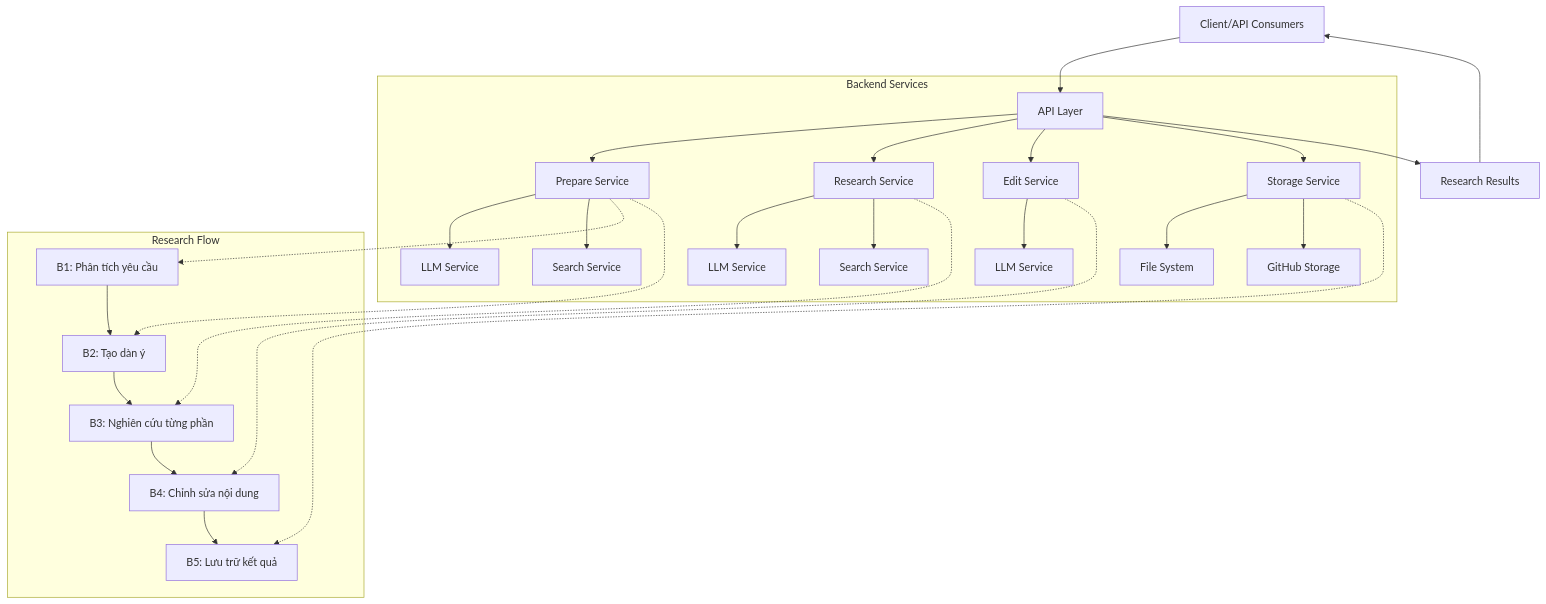
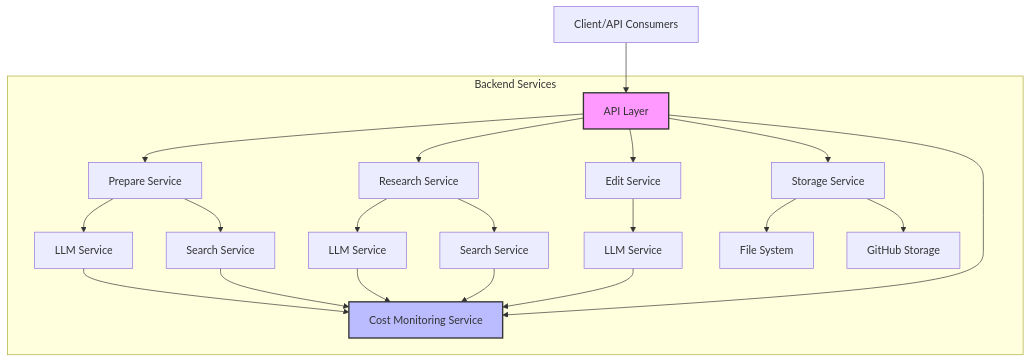
One commit to phuc-nt/deep-research-agent-python changed the diagram in README.md. Above: the diagram before and after it, drawn with Mermaid. The commit also changed other lines of this file, not shown here.

Commit message:
Cập nhật README: thêm thông tin theo dõi chi phí, cập nhật diagram và cấu trúc dự án

````diff
--- a/README.md
+++ b/README.md
@@ -23,38 +24,30 @@
 ```mermaid
 graph TD
     Client[Client/API Consumers] --> API[API Layer]
     
     subgraph "Backend Services"
         API --> Prepare[Prepare Service]
         API --> Research[Research Service]
         API --> Edit[Edit Service]
         API --> Storage[Storage Service]
+        API --> Cost[Cost Monitoring Service]
         
         Prepare --> LLM1[LLM Service]
         Prepare --> Search1[Search Service]
-        
         Research --> LLM2[LLM Service]
         Research --> Search2[Search Service]
-        
         Edit --> LLM3[LLM Service]
         
         Storage --> FileSystem[File System]
         Storage --> GitHub[GitHub Storage]
+        
+        LLM1 --> Cost
+        LLM2 --> Cost
+        LLM3 --> Cost
+        Search1 --> Cost
+        Search2 --> Cost
     end
     
-    subgraph "Research Flow"
-        P1[B1: Phân tích yêu cầu] --> P2[B2: Tạo dàn ý]
-        P2 --> P3[B3: Nghiên cứu từng phần]
-        P3 --> P4[B4: Chỉnh sửa nội dung]
-        P4 --> P5[B5: Lưu trữ kết quả]
-    end
-    
-    Prepare -.-> P1
-    Prepare -.-> P2
-    Research -.-> P3
-    Edit -.-> P4
-    Storage -.-> P5
-    
-    API --> Results[Research Results]
-    Results --> Client
+    style API fill:#f9f,stroke:#333,stroke-width:2px
+    style Cost fill:#bbf,stroke:#333,stroke-width:2px
 ```
````
